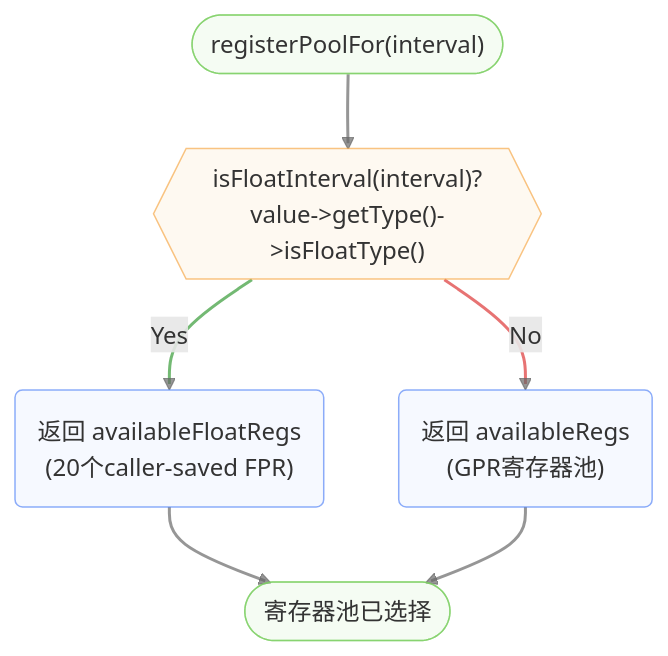
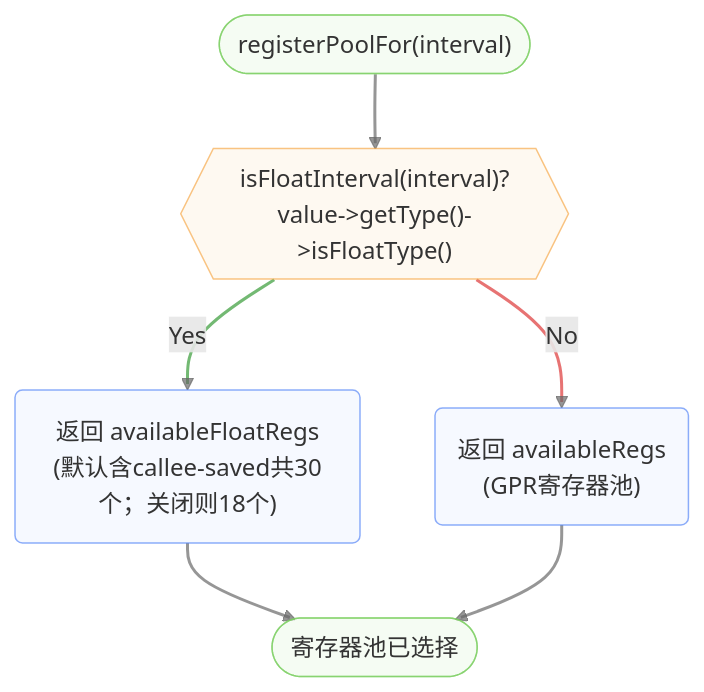
One commit to LLLLLLLLazy/compiler-lite changed the third of 12 diagrams in docs/backend-fpregalloc.md. Above: the diagram before and after it, drawn with Mermaid. The commit also changed other lines of this file and 9 other files, not shown here.

````diff
--- a/docs/backend-fpregalloc.md
+++ b/docs/backend-fpregalloc.md
@@ -85,24 +85,24 @@
 ```mermaid
 flowchart TD
     Start(["registerPoolFor(interval)"]) --> FloatCheck{{"isFloatInterval(interval)?<br>value->getType()->isFloatType()"}}
 
-    FloatCheck -- "Yes" --> FPR("返回 availableFloatRegs<br>(20个caller-saved FPR)")
+    FloatCheck -- "Yes" --> FPR("返回 availableFloatRegs<br>(默认含callee-saved共30个；关闭则18个)")
     FloatCheck -- "No" --> GPR("返回 availableRegs<br>(GPR寄存器池)")
 
     FPR --> End(["寄存器池已选择"])
     GPR --> End
 
     %%Node styles
     classDef default fill:#E2EAFE4F,stroke:#5A88F6AF
     classDef endNode fill:#DDF4D84F,stroke:#7DCF62AF
     classDef decisionNode fill:#FCEBD34f,stroke:#F6AA4BAF
 
     %%Link styles
     linkStyle default stroke:#666666AF,stroke-width:2px
     linkStyle 1 stroke:#339933AF,stroke-width:2px
     linkStyle 2 stroke:#DD3333AF,stroke-width:2px
 
     %%Node classes
     class Start,End endNode
     class FloatCheck decisionNode
 ```
````
